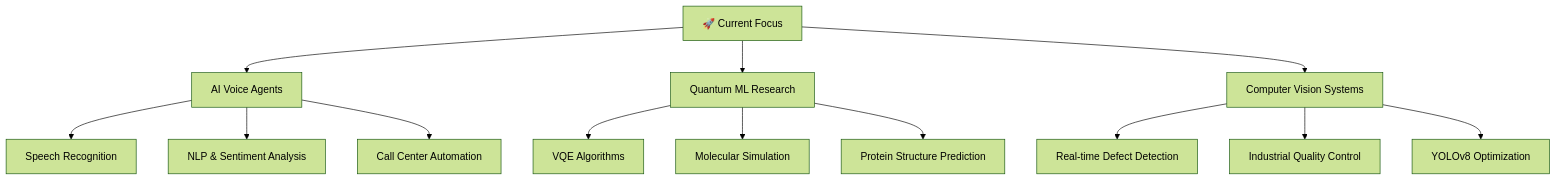
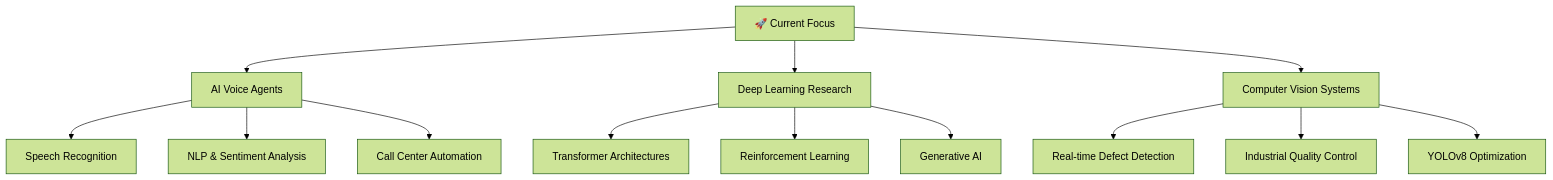
The diagram in README.md (debraj-m/debraj-m), drawn with Mermaid (forest theme) before and after one commit. The commit also changed other lines of this file and 1 other file, not shown here.

First line of the commit message:
Refactor README: add cool animations and remove quantum computing

````diff
--- a/README.md
+++ b/README.md
@@ -153,18 +173,18 @@
 ```mermaid
 graph TD
     A[🚀 Current Focus] --> B[AI Voice Agents]
-    A --> C[Quantum ML Research]
+    A --> C[Deep Learning Research]
     A --> D[Computer Vision Systems]
     
     B --> B1[Speech Recognition]
     B --> B2[NLP & Sentiment Analysis]
     B --> B3[Call Center Automation]
     
-    C --> C1[VQE Algorithms]
-    C --> C2[Molecular Simulation]
-    C --> C3[Protein Structure Prediction]
+    C --> C1[Transformer Architectures]
+    C --> C2[Reinforcement Learning]
+    C --> C3[Generative AI]
     
     D --> D1[Real-time Defect Detection]
     D --> D2[Industrial Quality Control]
     D --> D3[YOLOv8 Optimization]
 ```
````
